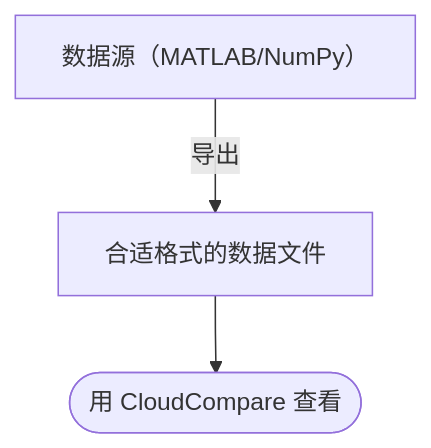
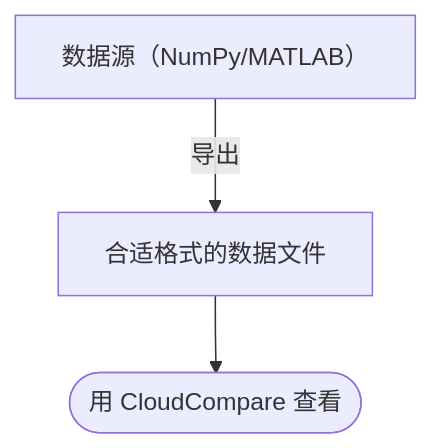
The diagram in src/intro.md (YDX-2147483647/cloudcompare-guide), drawn with Mermaid before and after one commit. The commit also changed 5 other files, not shown here.

````diff
--- a/src/intro.md
+++ b/src/intro.md
@@ -7,6 +7,6 @@
 ```mermaid
 flowchart TB
-  src[数据源（MATLAB/NumPy）]
+  src[数据源（NumPy/MATLAB）]
   -->|导出| 合适格式的数据文件
   --> cc([用 CloudCompare 查看])
 ```
````
